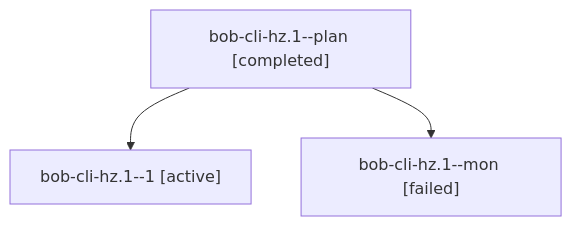
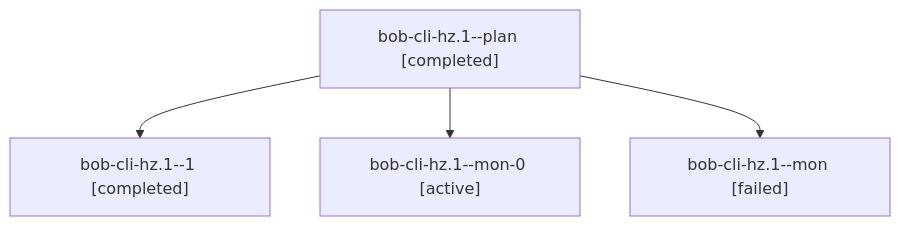
The diagram in sessions/bbugyi200.athena.bob-cli-hz.1.md (bobs-org/bob-cli--agents), drawn with Mermaid before and after one commit. The commit also changed other lines of this file and 24 other files, not shown here.

````diff
--- a/sessions/bbugyi200.athena.bob-cli-hz.1.md
+++ b/sessions/bbugyi200.athena.bob-cli-hz.1.md
@@ -9,8 +9,10 @@
 ```mermaid
 flowchart TD
   n0["bob-cli-hz.1--plan [completed]"]
-  n1["bob-cli-hz.1--1 [active]"]
+  n1["bob-cli-hz.1--1 [completed]"]
   n0 --> n1
-  n2["bob-cli-hz.1--mon [failed]"]
+  n2["bob-cli-hz.1--mon-0 [active]"]
   n0 --> n2
+  n3["bob-cli-hz.1--mon [failed]"]
+  n0 --> n3
 ```
````
